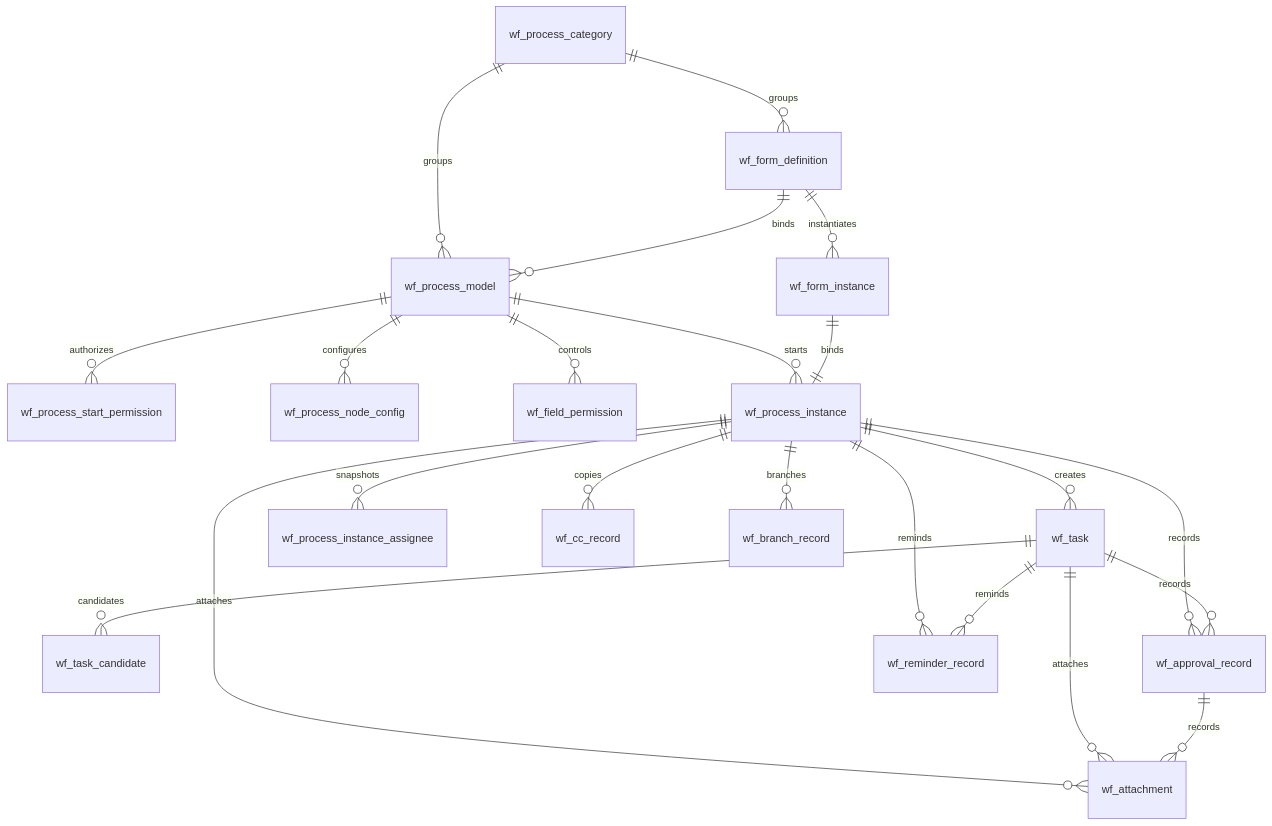
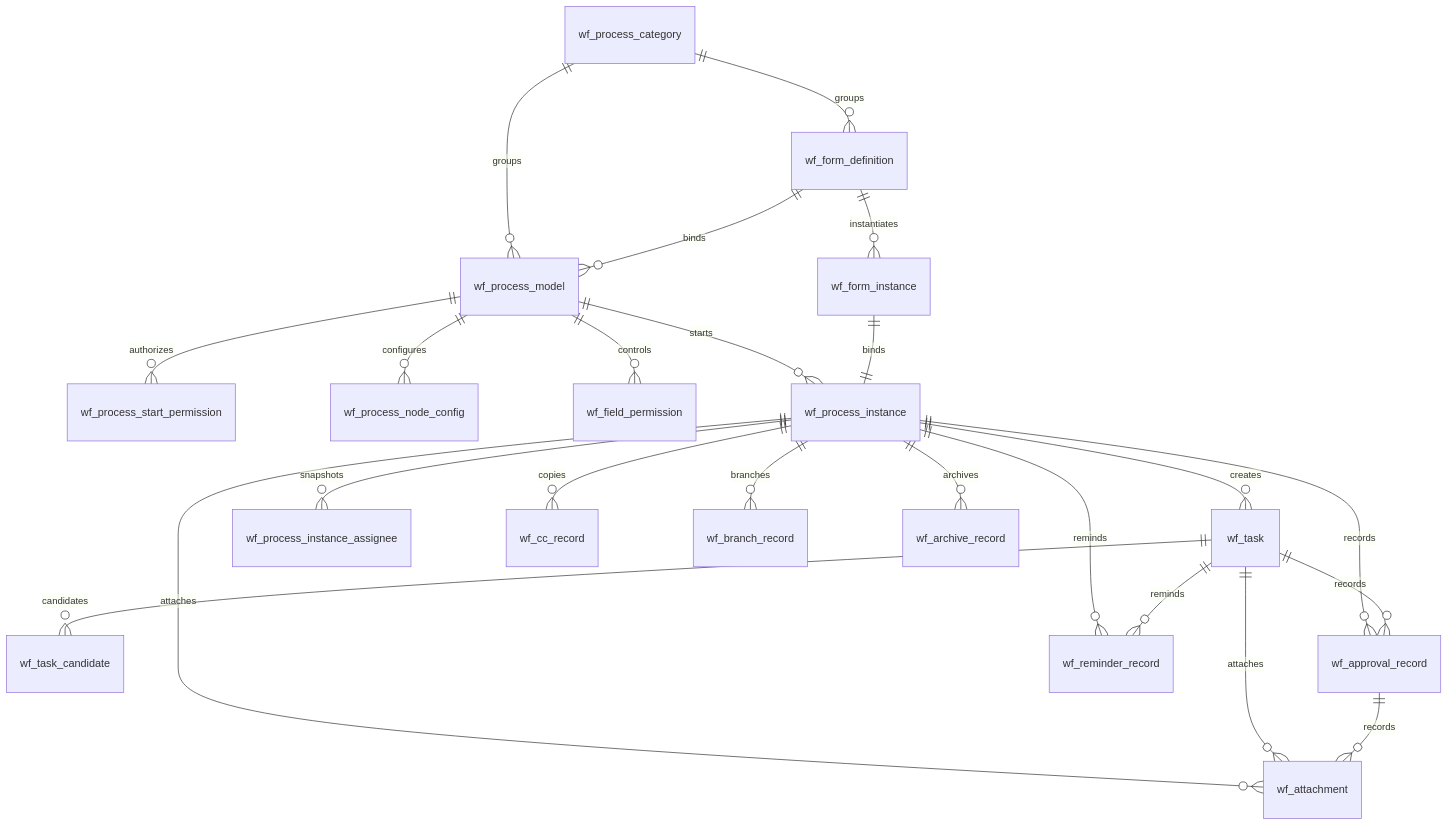
One commit to waztyzdj/law-office changed the fourth of 4 diagrams in docs/03-database/table-relations.md. Above: the diagram before and after it, drawn with Mermaid. The commit also changed other lines of this file and 47 other files, not shown here.

````diff
--- a/docs/03-database/table-relations.md
+++ b/docs/03-database/table-relations.md
@@ -40,24 +40,25 @@
 ```mermaid
 erDiagram
   wf_process_category ||--o{ wf_form_definition : groups
   wf_process_category ||--o{ wf_process_model : groups
   wf_form_definition ||--o{ wf_process_model : binds
   wf_form_definition ||--o{ wf_form_instance : instantiates
   wf_process_model ||--o{ wf_process_start_permission : authorizes
   wf_process_model ||--o{ wf_process_node_config : configures
   wf_process_model ||--o{ wf_field_permission : controls
   wf_process_model ||--o{ wf_process_instance : starts
   wf_form_instance ||--|| wf_process_instance : binds
   wf_process_instance ||--o{ wf_task : creates
   wf_process_instance ||--o{ wf_process_instance_assignee : snapshots
   wf_task ||--o{ wf_task_candidate : candidates
   wf_process_instance ||--o{ wf_approval_record : records
   wf_task ||--o{ wf_approval_record : records
   wf_process_instance ||--o{ wf_cc_record : copies
   wf_process_instance ||--o{ wf_reminder_record : reminds
   wf_task ||--o{ wf_reminder_record : reminds
   wf_process_instance ||--o{ wf_attachment : attaches
   wf_task ||--o{ wf_attachment : attaches
   wf_approval_record ||--o{ wf_attachment : records
   wf_process_instance ||--o{ wf_branch_record : branches
+  wf_process_instance ||--o{ wf_archive_record : archives
 ```
````
